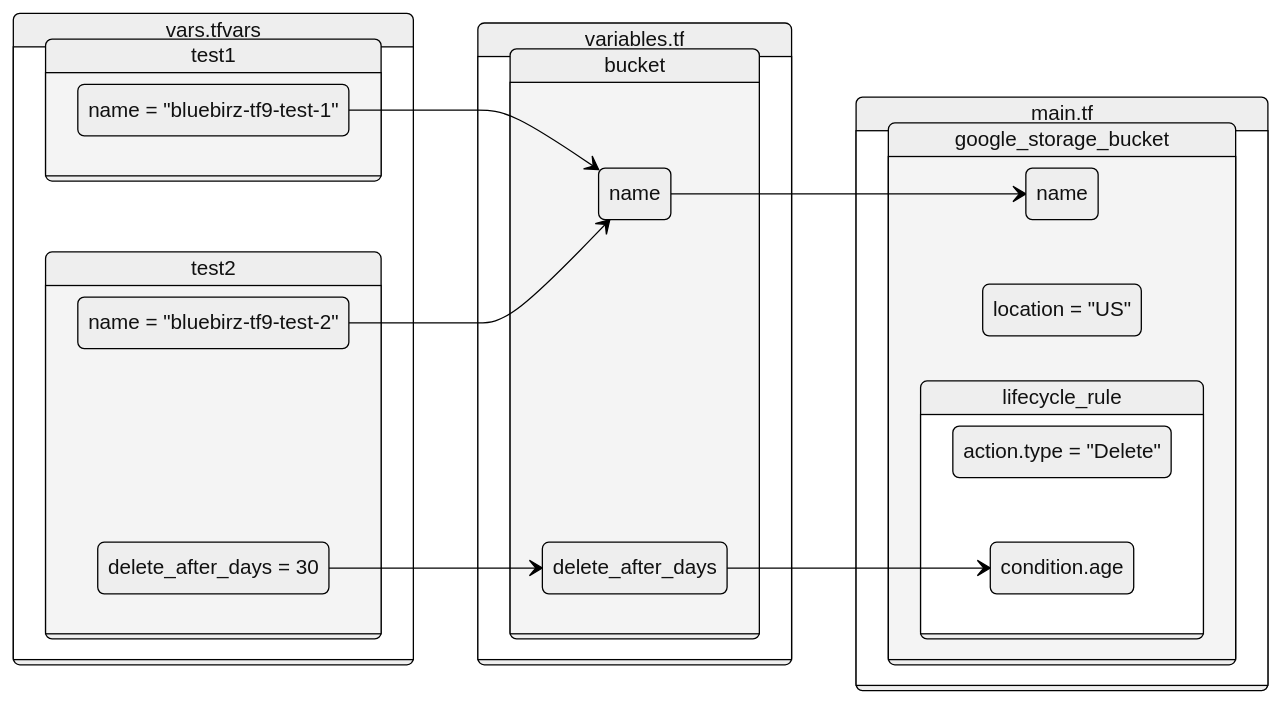
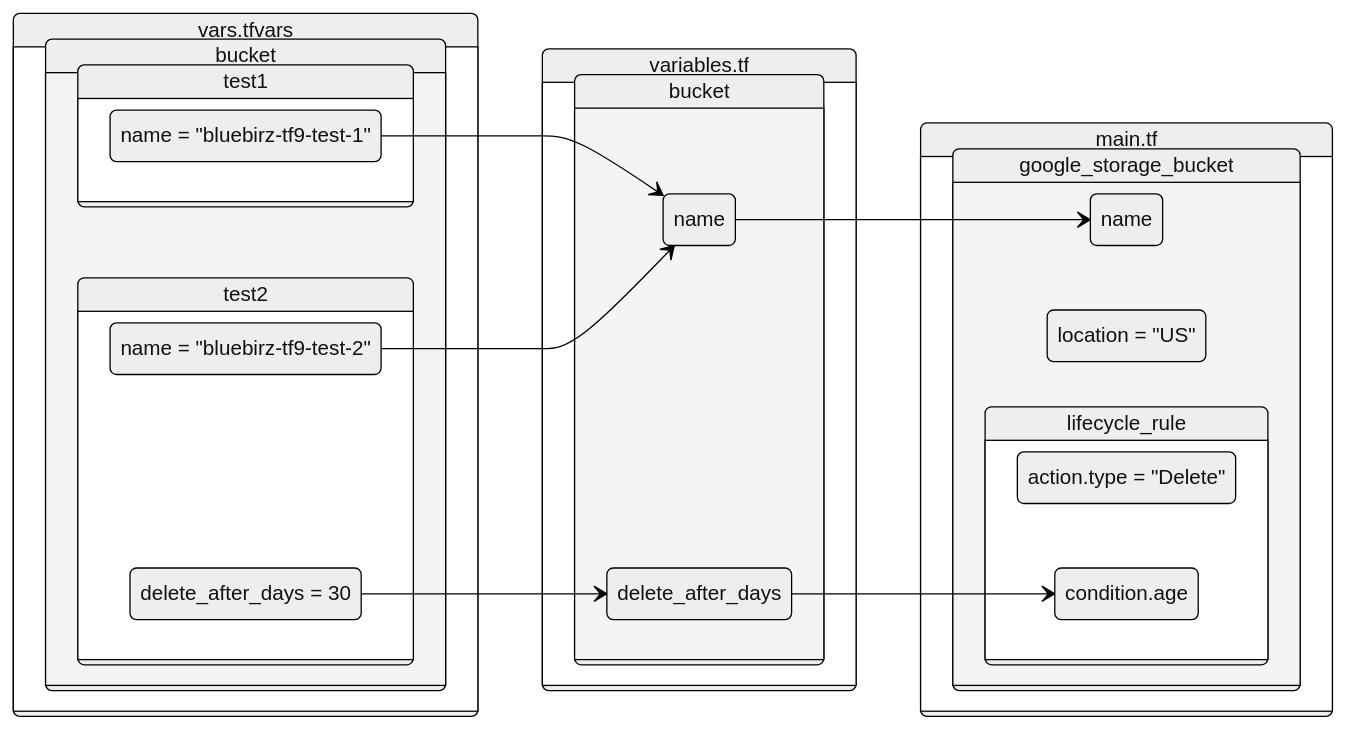
Before and after one commit to bluebirz/bluebirz.github.io: the first of 2 diagrams in _drafts/2025-tf9.md, drawn with Mermaid (neutral theme). The commit also changed other lines of this file, not shown here.

Commit message:
update diagram

````diff
--- a/_drafts/2025-tf9.md
+++ b/_drafts/2025-tf9.md
@@ -175,39 +175,41 @@
 ```mermaid
 ---
 config:
   layout: 
 ---
 stateDiagram-v2
     direction LR 
     state "main.tf" as main {
         state "google_storage_bucket" as gcs {
             state "name" as name
             state "location = &quot;US&quot;" as location
             state "lifecycle_rule" as lc {
                 state "action.type = &quot;Delete&quot;" as action
                 state "condition.age" as condition
             }
         }
     }
     state "variables.tf" as vartf {
         state "bucket" as varbucket {
             state "name" as varname
             state "delete_after_days" as vardel
         }
     }
     state "vars.tfvars" as tfvars {
-        state "test1" as test1 {
-            state "name = &quot;bluebirz-tf9-test-1&quot;" as test1_name
-        }
-        state "test2" as test2 {
-            state "name = &quot;bluebirz-tf9-test-2&quot;" as test2_name
-            state "delete_after_days = 30" as test2_del
+        state "bucket" as valbucket {
+            state "test1" as test1 {
+                state "name = &quot;bluebirz-tf9-test-1&quot;" as test1_name
+            }
+            state "test2" as test2 {
+                state "name = &quot;bluebirz-tf9-test-2&quot;" as test2_name
+                state "delete_after_days = 30" as test2_del
+            }
         }
     }
 
     vardel --> condition
     varname --> name
     test1_name --> varname
     test2_name --> varname
     test2_del --> vardel
 ```
````
